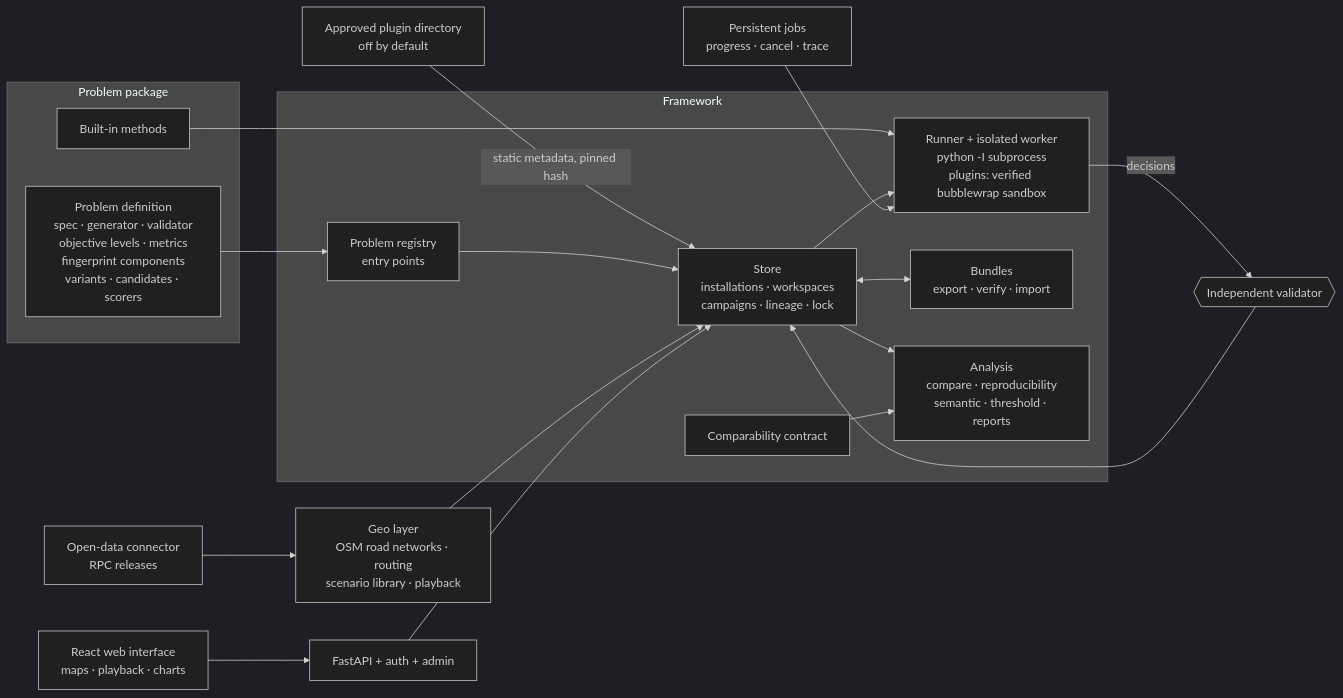
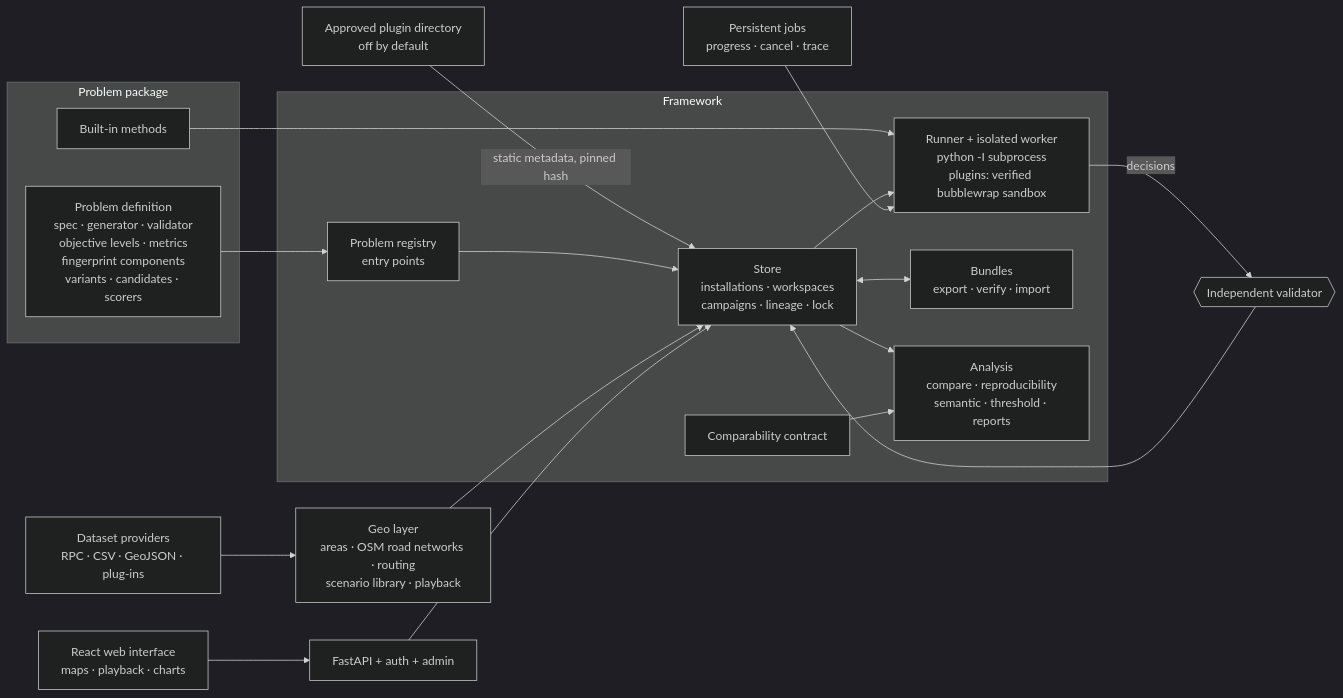
The first of 3 diagrams in docs/ARCHITECTURE.md (OkbaBenatia/move-openlab-framework), drawn with Mermaid (dark theme) before and after one commit. The commit also changed other lines of this file and 13 other files, not shown here.

````diff
--- a/docs/ARCHITECTURE.md
+++ b/docs/ARCHITECTURE.md
@@ -6,27 +6,27 @@
 ```mermaid
 flowchart LR
   subgraph Problem package
     P[Problem definition<br/>spec · generator · validator<br/>objective levels · metrics<br/>fingerprint components<br/>variants · candidates · scorers]
     BM[Built-in methods]
   end
   subgraph Framework
     R[Problem registry<br/>entry points]
     S[Store<br/>installations · workspaces<br/>campaigns · lineage · lock]
     X[Runner + isolated worker<br/>python -I subprocess<br/>plugins: verified bubblewrap sandbox]
     B[Bundles<br/>export · verify · import]
     A[Analysis<br/>compare · reproducibility<br/>semantic · threshold · reports]
     C[Comparability contract]
   end
   PL[Approved plugin directory<br/>off by default] -->|static metadata, pinned hash| S
   P --> R --> S
   BM --> X
   S --> X -->|decisions| V{{Independent validator}} --> S
   S <--> B
   S --> A
   C --> A
-  G[Geo layer<br/>OSM road networks · routing<br/>scenario library · playback] --> S
-  O[Open-data connector<br/>RPC releases] --> G
+  G[Geo layer<br/>areas · OSM road networks · routing<br/>scenario library · playback] --> S
+  O[Dataset providers<br/>RPC · CSV · GeoJSON · plug-ins] --> G
   J[Persistent jobs<br/>progress · cancel · trace] --> X
   API[FastAPI + auth + admin] --> S
   UI[React web interface<br/>maps · playback · charts] --> API
 ```
````
